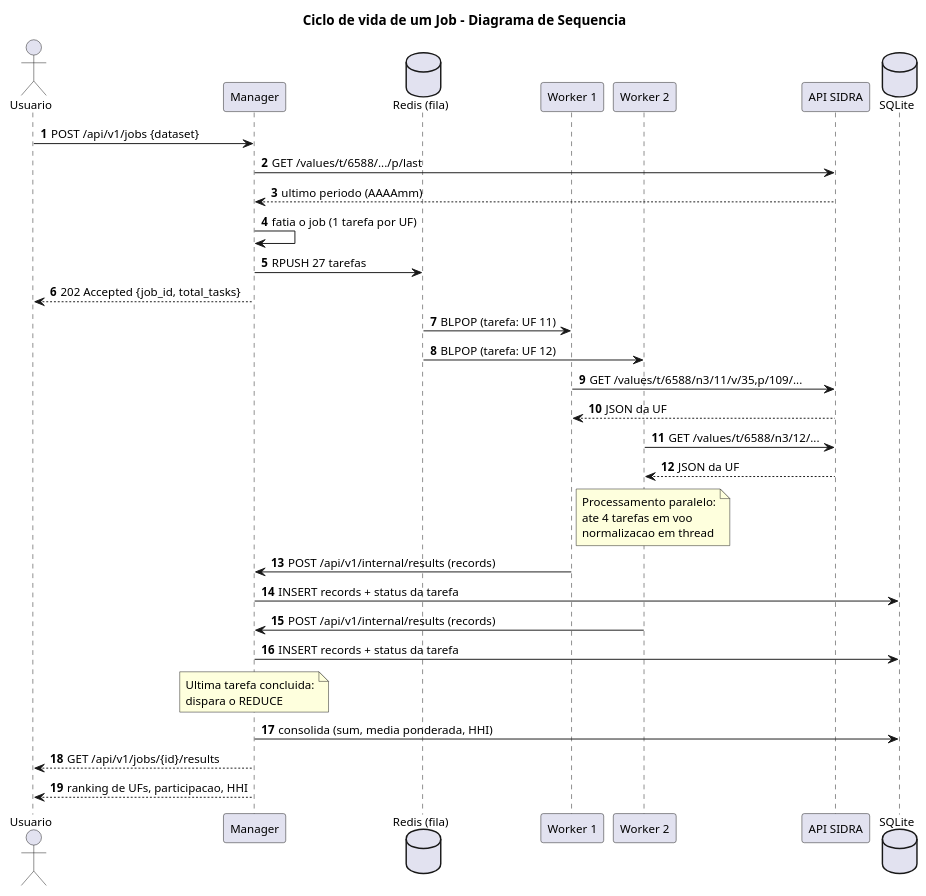
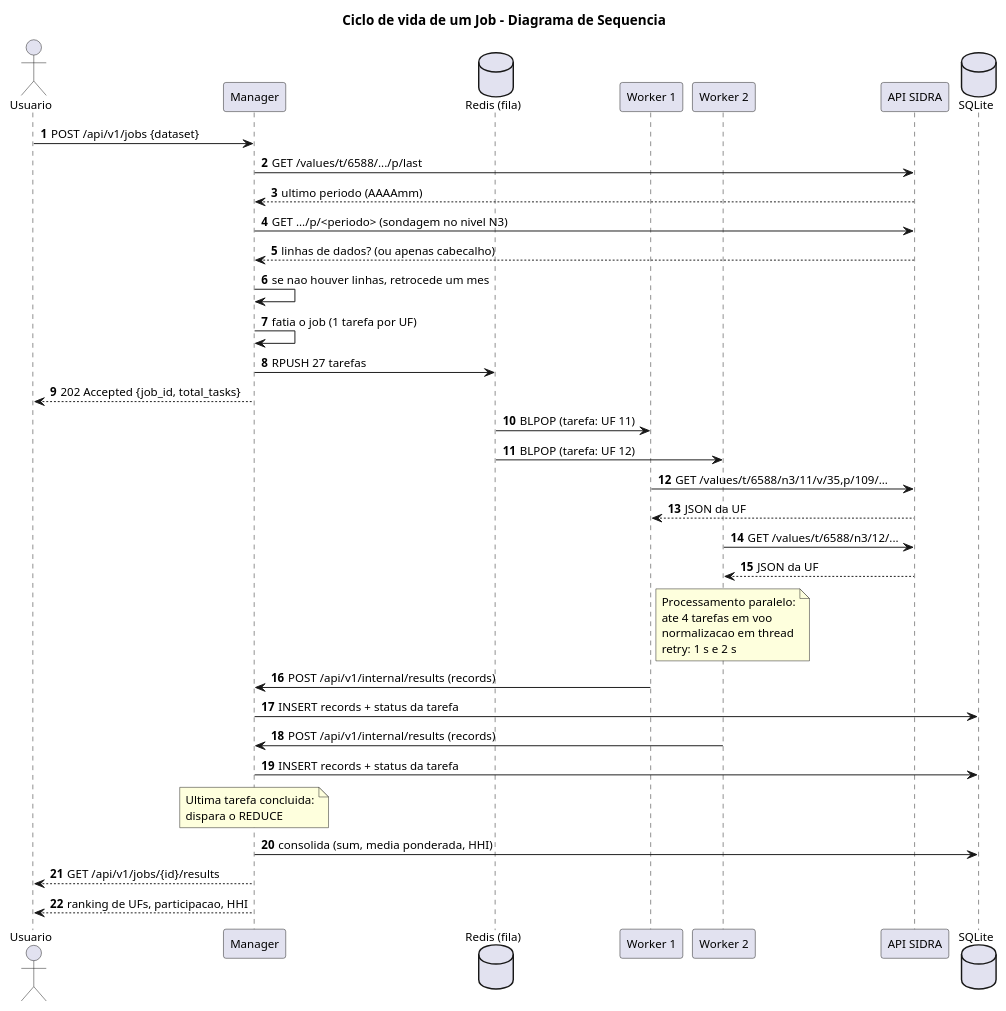
The diagram in docs/diagrams/03-sequencia.puml (jpeodr/ecossistema-distribuido), drawn with PlantUML before and after one commit. The commit also changed 21 other files, not shown here.

First line of the commit message:
Pagina de documentacao com arquitetura UML, paralelismo e speedup

```diff
--- a/docs/diagrams/03-sequencia.puml
+++ b/docs/diagrams/03-sequencia.puml
@@ -1,47 +1,51 @@
 @startuml
 title Ciclo de vida de um Job - Diagrama de Sequencia
 
 skinparam shadowing false
 skinparam backgroundColor #FFFFFF
 skinparam defaultFontSize 12
 autonumber
 
 actor "Usuario" as U
 participant "Manager" as M
 database "Redis (fila)" as Q
 participant "Worker 1" as W1
 participant "Worker 2" as W2
 participant "API SIDRA" as S
 database "SQLite" as DB
 
 U -> M : POST /api/v1/jobs {dataset}
 M -> S : GET /values/t/6588/.../p/last
 S --> M : ultimo periodo (AAAAmm)
+M -> S : GET .../p/<periodo> (sondagem no nivel N3)
+S --> M : linhas de dados? (ou apenas cabecalho)
+M -> M : se nao houver linhas, retrocede um mes
 M -> M : fatia o job (1 tarefa por UF)
 M -> Q : RPUSH 27 tarefas
 M --> U : 202 Accepted {job_id, total_tasks}
 
 Q -> W1 : BLPOP (tarefa: UF 11)
 Q -> W2 : BLPOP (tarefa: UF 12)
 W1 -> S : GET /values/t/6588/n3/11/v/35,p/109/...
 S --> W1 : JSON da UF
 W2 -> S : GET /values/t/6588/n3/12/...
 S --> W2 : JSON da UF
 note right of W1
   Processamento paralelo:
   ate 4 tarefas em voo
   normalizacao em thread
+  retry: 1 s e 2 s
 end note
 W1 -> M : POST /api/v1/internal/results (records)
 M -> DB : INSERT records + status da tarefa
 W2 -> M : POST /api/v1/internal/results (records)
 M -> DB : INSERT records + status da tarefa
 
 note over M
   Ultima tarefa concluida:
   dispara o REDUCE
 end note
 M -> DB : consolida (sum, media ponderada, HHI)
 M --> U : GET /api/v1/jobs/{id}/results
 M --> U : ranking de UFs, participacao, HHI
 @enduml
```
